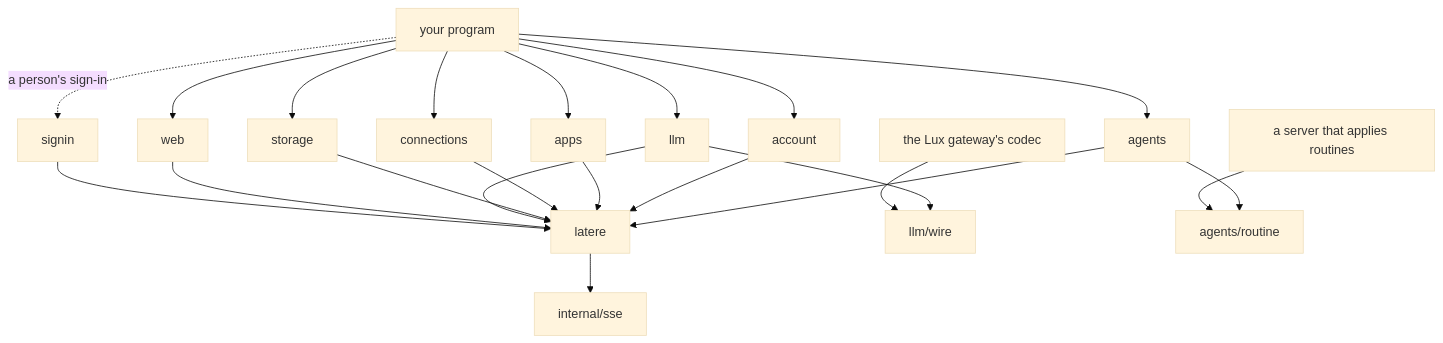
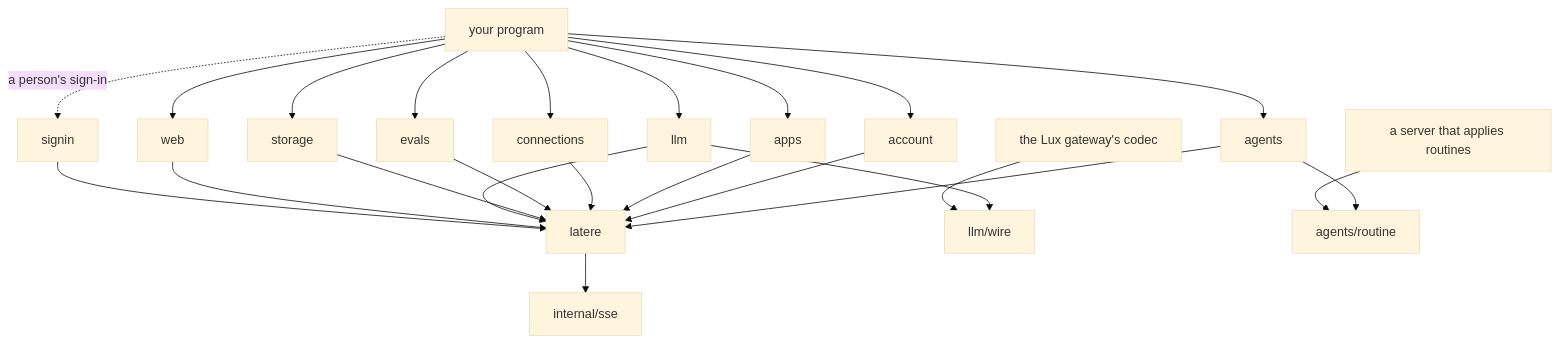
One commit to latere-ai/sdk-go changed the diagram in docs/design.md. Above: the diagram before and after it, drawn with Mermaid (base theme). The commit also changed other lines of this file and 4 other files, not shown here.

````diff
--- a/docs/design.md
+++ b/docs/design.md
@@ -23,24 +23,26 @@
 ```mermaid
 flowchart TD
     agents --> latere
     account --> latere
     apps --> latere
     connections --> latere
+    evals --> latere
     storage --> latere
     llm --> latere
     llm --> wire[llm/wire]
     agents --> routine[agents/routine]
     web --> latere
     signin --> latere
     latere --> sse[internal/sse]
     app[your program] --> agents
     app --> account
     app --> apps
     app --> connections
+    app --> evals
     app --> storage
     app --> llm
     app --> web
     app -. a person's sign-in .-> signin
     gateway[the Lux gateway's codec] --> wire
     server[a server that applies routines] --> routine
 ```
````
